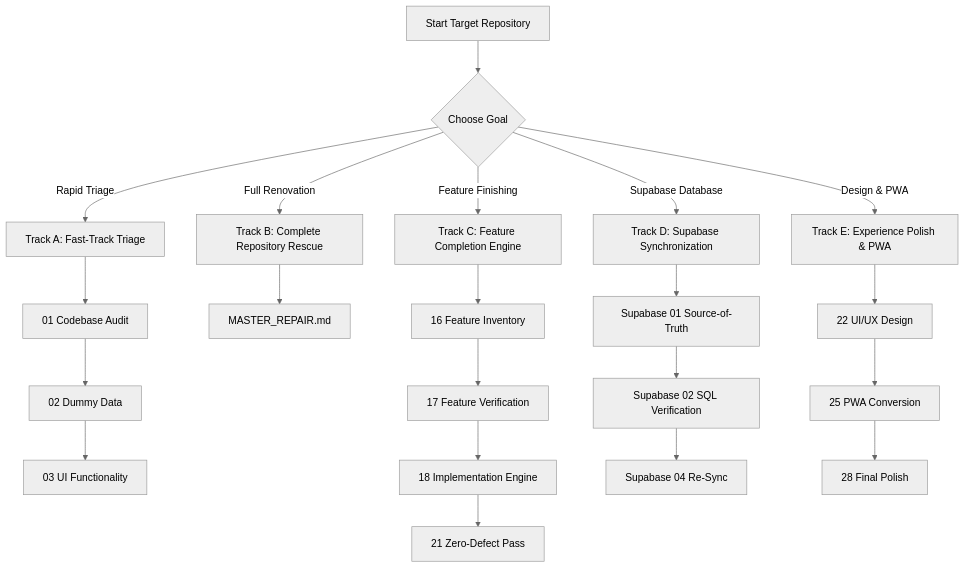
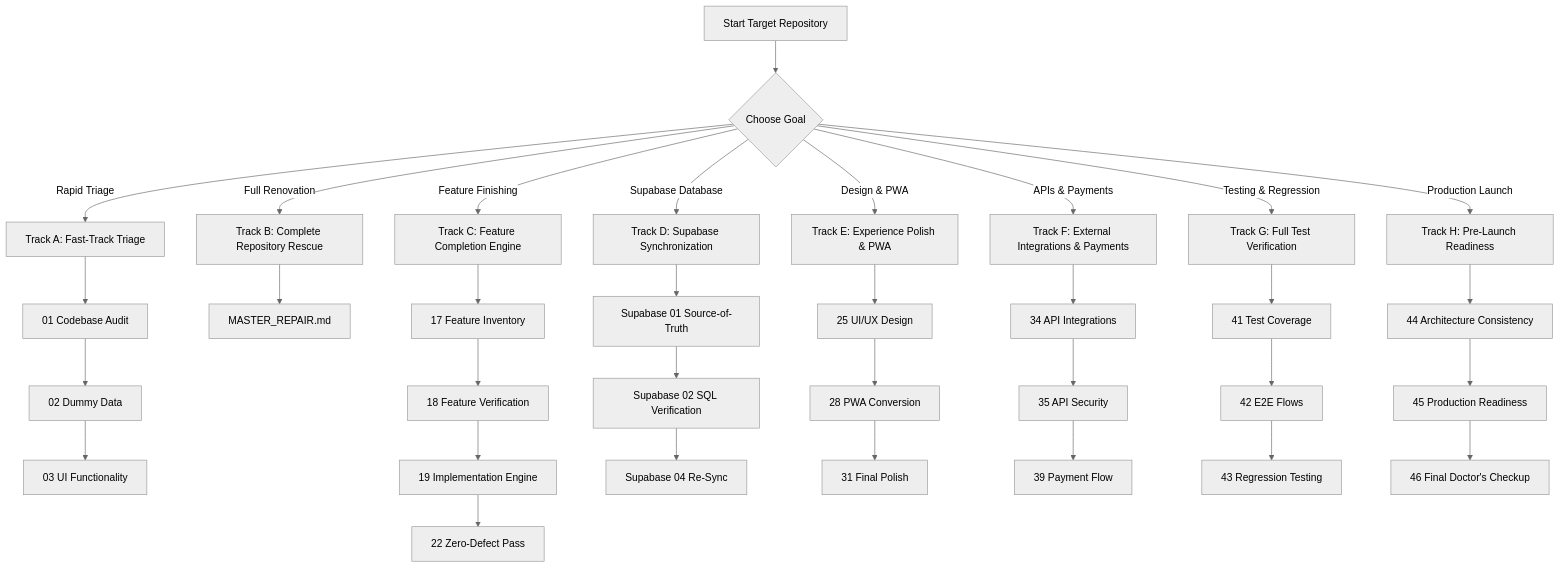
One commit to kenneth556/VibeMedic changed the diagram in docs/EXECUTION_GUIDE.md. Above: the diagram before and after it, drawn with Mermaid (neutral theme). The commit also changed other lines of this file and 42 other files, not shown here.

Commit message:
feat: introduce comprehensive project-wide auditing and architectural documentation structure

````diff
--- a/docs/EXECUTION_GUIDE.md
+++ b/docs/EXECUTION_GUIDE.md
@@ -18,15 +18,21 @@
 ```mermaid
 graph TD
     A[Start Target Repository] --> B{Choose Goal}
     B -->|Rapid Triage| C[Track A: Fast-Track Triage]
     B -->|Full Renovation| D[Track B: Complete Repository Rescue]
     B -->|Feature Finishing| E[Track C: Feature Completion Engine]
     B -->|Supabase Database| F[Track D: Supabase Synchronization]
     B -->|Design & PWA| G[Track E: Experience Polish & PWA]
+    B -->|APIs & Payments| H[Track F: External Integrations & Payments]
+    B -->|Testing & Regression| I[Track G: Full Test Verification]
+    B -->|Production Launch| J[Track H: Pre-Launch Readiness]
 
     C --> C1[01 Codebase Audit] --> C2[02 Dummy Data] --> C3[03 UI Functionality]
     D --> D1[MASTER_REPAIR.md]
-    E --> E1[16 Feature Inventory] --> E2[17 Feature Verification] --> E3[18 Implementation Engine] --> E4[21 Zero-Defect Pass]
+    E --> E1[17 Feature Inventory] --> E2[18 Feature Verification] --> E3[19 Implementation Engine] --> E4[22 Zero-Defect Pass]
     F --> F1[Supabase 01 Source-of-Truth] --> F2[Supabase 02 SQL Verification] --> F3[Supabase 04 Re-Sync]
-    G --> G1[22 UI/UX Design] --> G2[25 PWA Conversion] --> G3[28 Final Polish]
+    G --> G1[25 UI/UX Design] --> G2[28 PWA Conversion] --> G3[31 Final Polish]
+    H --> H1[34 API Integrations] --> H2[35 API Security] --> H3[39 Payment Flow]
+    I --> I1[41 Test Coverage] --> I2[42 E2E Flows] --> I3[43 Regression Testing]
+    J --> J1[44 Architecture Consistency] --> J2[45 Production Readiness] --> J3[46 Final Doctor's Checkup]
 ```
````
